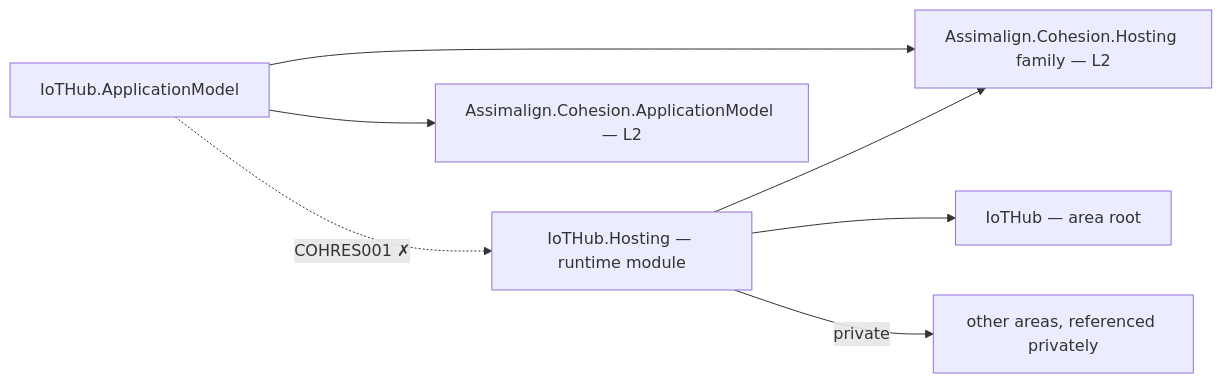
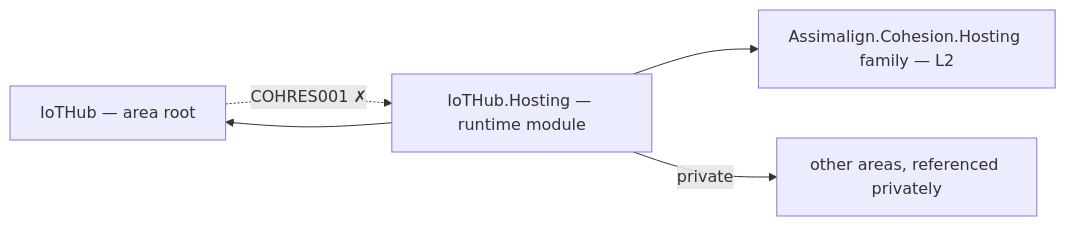
The diagram in resources/IoTHub/README.md (assimalign/cohesion), drawn with Mermaid before and after one commit. The commit also changed other lines of this file and 441 other files, not shown here.

````diff
--- a/resources/IoTHub/README.md
+++ b/resources/IoTHub/README.md
@@ -12,15 +12,11 @@
 ```mermaid
 flowchart LR
     P0["IoTHub — area root"]
-    P1["IoTHub.ApplicationModel"]
     P2["IoTHub.Hosting — runtime module"]
     HOSTFAM["Assimalign.Cohesion.Hosting family — L2"]
-    APPMODEL["Assimalign.Cohesion.ApplicationModel — L2"]
     PRIV["other areas, referenced privately"]
-    P1 --> APPMODEL
-    P1 --> HOSTFAM
     P2 --> HOSTFAM
     P2 --> P0
     P2 -->|"private"| PRIV
-    P1 -.->|"COHRES001 ✗"| P2
+    P0 -.->|"COHRES001 ✗"| P2
 ```
````
